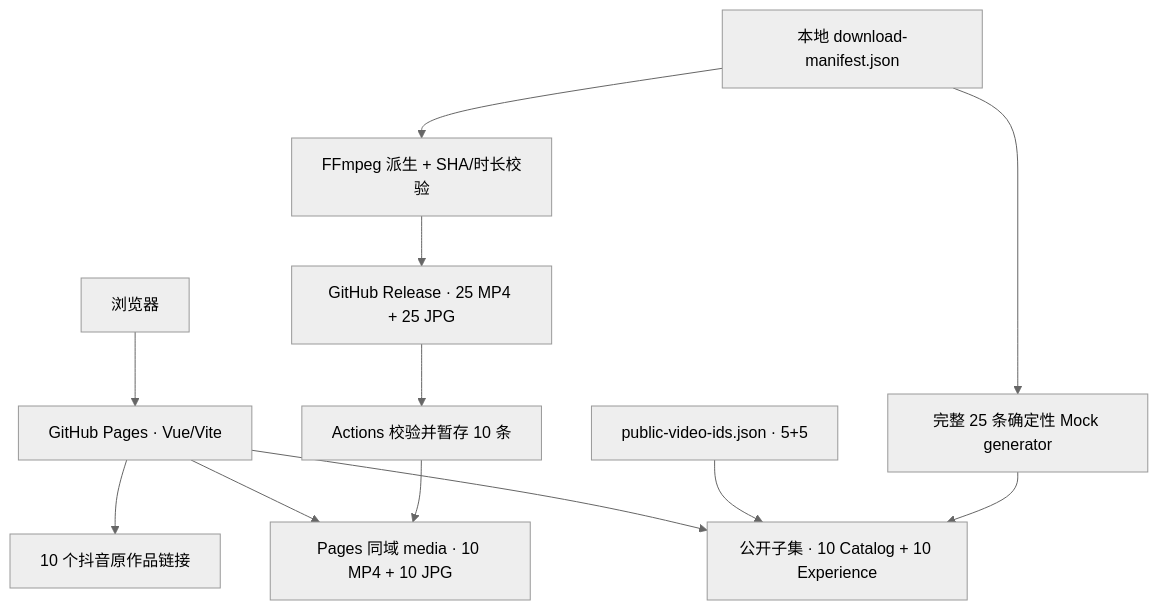
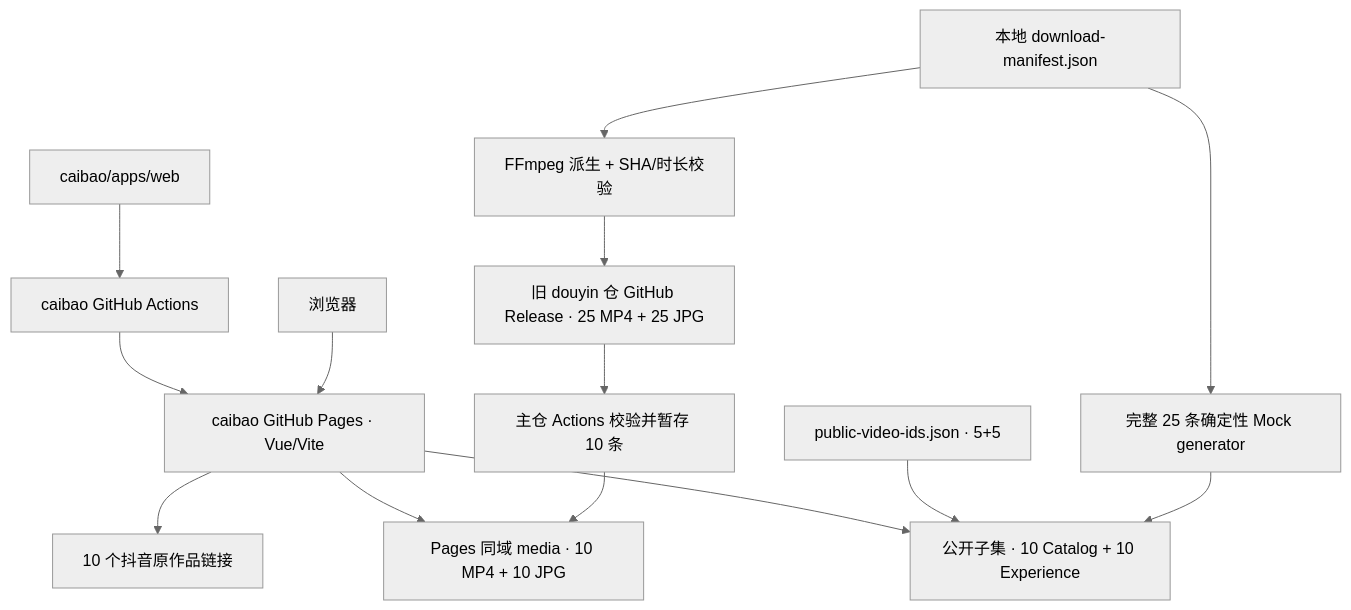
One commit to wzxsph/caibao changed the first of 4 diagrams in docs/ARCHITECTURE.md. Above: the diagram before and after it, drawn with Mermaid (neutral theme). The commit also changed other lines of this file and 154 other files, not shown here.

````diff
--- a/docs/ARCHITECTURE.md
+++ b/docs/ARCHITECTURE.md
@@ -13,14 +14,16 @@
 ```mermaid
 flowchart TD
-  Browser["浏览器"] --> Pages["GitHub Pages · Vue/Vite"]
+  Repo["caibao/apps/web"] --> CI["caibao GitHub Actions"]
+  CI --> Pages["caibao GitHub Pages · Vue/Vite"]
+  Browser["浏览器"] --> Pages
   Pages --> Bundle["公开子集 · 10 Catalog + 10 Experience"]
   Pages --> Media["Pages 同域 media · 10 MP4 + 10 JPG"]
   Pages --> Source["10 个抖音原作品链接"]
   Manifest["本地 download-manifest.json"] --> Prepare["FFmpeg 派生 + SHA/时长校验"]
   Manifest --> Mock["完整 25 条确定性 Mock generator"]
   Public["public-video-ids.json · 5+5"] --> Bundle
   Prepare --> Release
-  Release["GitHub Release · 25 MP4 + 25 JPG"] --> Stage["Actions 校验并暂存 10 条"]
+  Release["旧 douyin 仓 GitHub Release · 25 MP4 + 25 JPG"] --> Stage["主仓 Actions 校验并暂存 10 条"]
   Stage --> Media
   Mock --> Bundle
 ```
````
